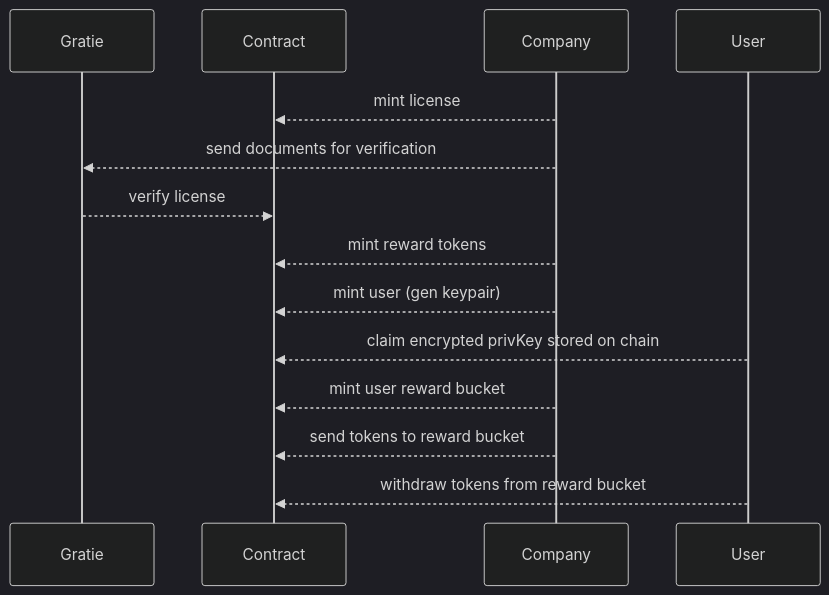
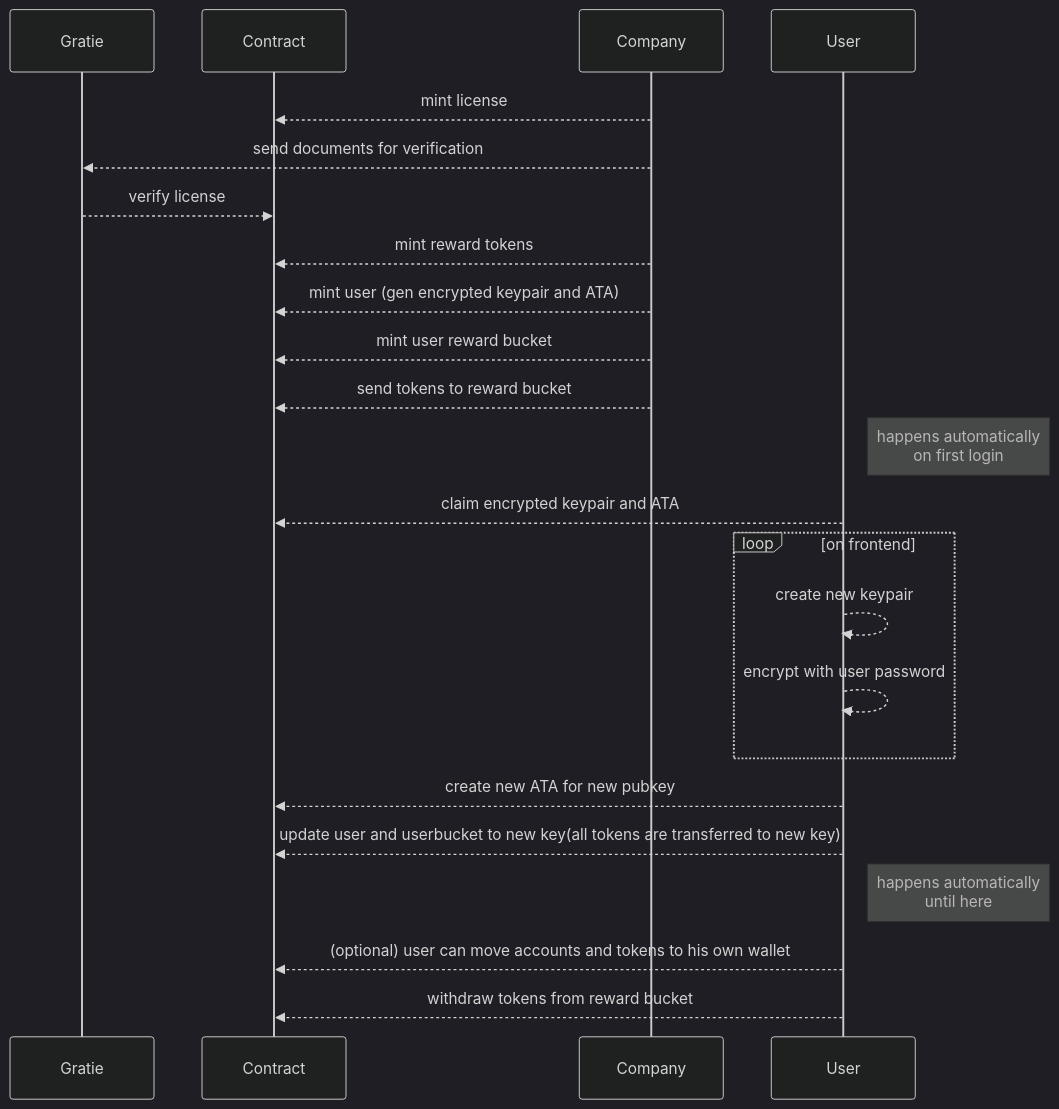
One commit to mucks/gratie-solana changed the diagram in README.md. Above: the diagram before and after it, drawn with Mermaid (dark theme).

Commit message:
updated diagram

````diff
--- a/README.md
+++ b/README.md
@@ -15,17 +15,30 @@
 ```mermaid
 sequenceDiagram
   participant Gratie
   participant Contract
   participant Company
   participant User
   Company-->>Contract: mint license
   Company-->>Gratie: send documents for verification
   Gratie-->>Contract: verify license
   Company-->>Contract: mint reward tokens
-  Company-->>Contract: mint user (gen keypair)
-  User-->>Contract: claim encrypted privKey stored on chain
+  Company-->>Contract: mint user (gen encrypted keypair and ATA)
   Company-->>Contract: mint user reward bucket
   Company-->>Contract: send tokens to reward bucket
+
+  Note right of User: happens automatically <br/> on first login
+  User-->>Contract: claim encrypted keypair and ATA
+  loop on frontend
+    User-->>User: create new keypair
+    User-->>User: encrypt with user password
+  end
+
+  User-->>Contract: create new ATA for new pubkey
+  User-->>Contract: update user and userbucket to new key(all tokens are transferred to new key)
+  Note right of User: happens automatically <br/> until here
+
+  User-->>Contract: (optional) user can move accounts and tokens to his own wallet
+
   User-->>Contract: withdraw tokens from reward bucket
 
 ```
````
